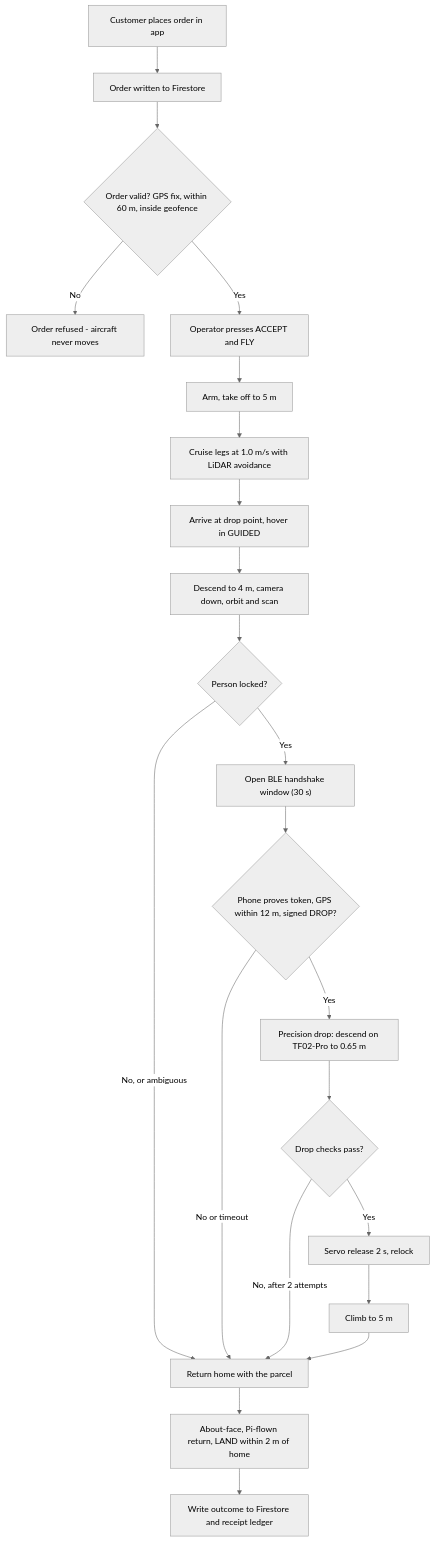
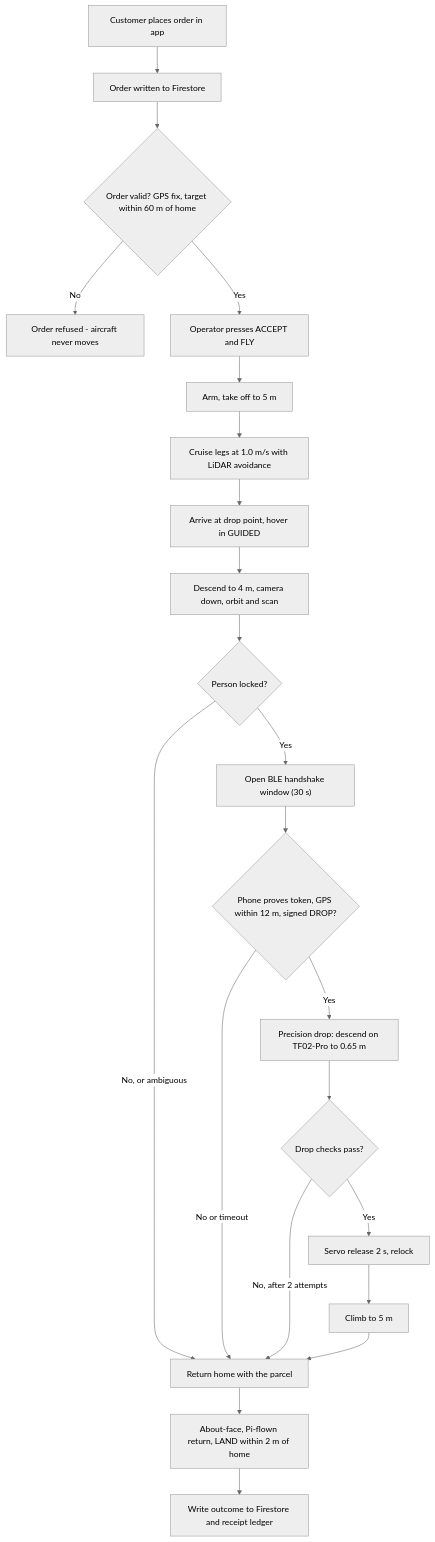
One commit to GVishwasReddy/AERIX-Capstone-Team-21 changed the third of 5 diagrams in docs/guide/01-overview.md. Above: the diagram before and after it, drawn with Mermaid (neutral theme). The commit also changed other lines of this file and 8 other files, not shown here.

````diff
--- a/docs/guide/01-overview.md
+++ b/docs/guide/01-overview.md
@@ -226,24 +227,24 @@
 ```mermaid
 flowchart TD
     A["Customer places order in app"] --> B["Order written to Firestore"]
-    B --> C{"Order valid? GPS fix, within 60 m, inside geofence"}
+    B --> C{"Order valid? GPS fix, target within 60 m of home"}
     C -- "No" --> X1["Order refused - aircraft never moves"]
     C -- "Yes" --> D["Operator presses ACCEPT and FLY"]
     D --> E["Arm, take off to 5 m"]
     E --> F["Cruise legs at 1.0 m/s with LiDAR avoidance"]
     F --> G["Arrive at drop point, hover in GUIDED"]
     G --> H["Descend to 4 m, camera down, orbit and scan"]
     H --> I{"Person locked?"}
     I -- "No, or ambiguous" --> R["Return home with the parcel"]
     I -- "Yes" --> J["Open BLE handshake window (30 s)"]
     J --> K{"Phone proves token, GPS within 12 m, signed DROP?"}
     K -- "No or timeout" --> R
     K -- "Yes" --> L["Precision drop: descend on TF02-Pro to 0.65 m"]
     L --> M{"Drop checks pass?"}
     M -- "No, after 2 attempts" --> R
     M -- "Yes" --> N["Servo release 2 s, relock"]
     N --> O["Climb to 5 m"]
     O --> R
     R --> P["About-face, Pi-flown return, LAND within 2 m of home"]
     P --> Q["Write outcome to Firestore and receipt ledger"]
 ```
````
